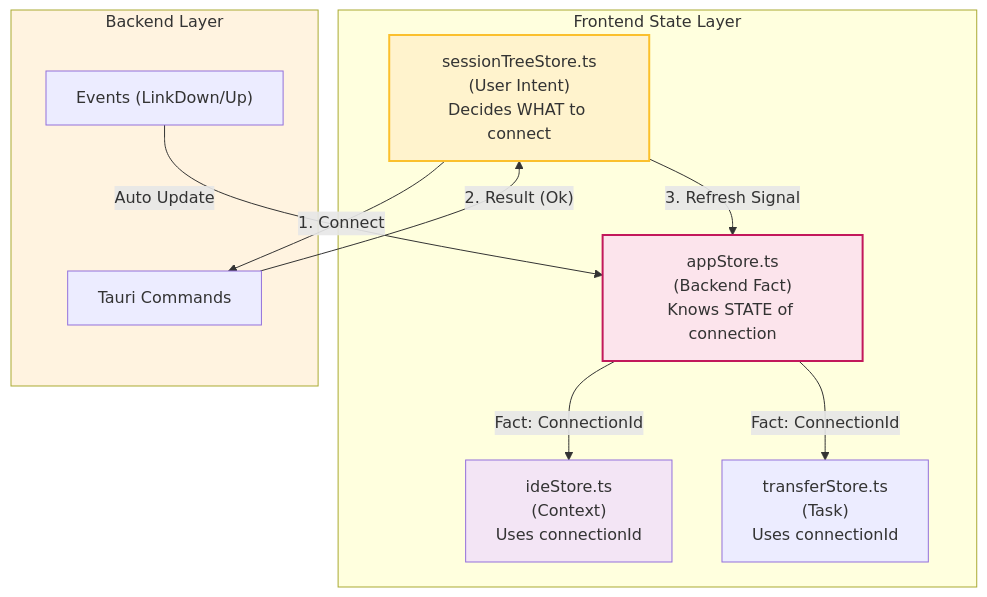
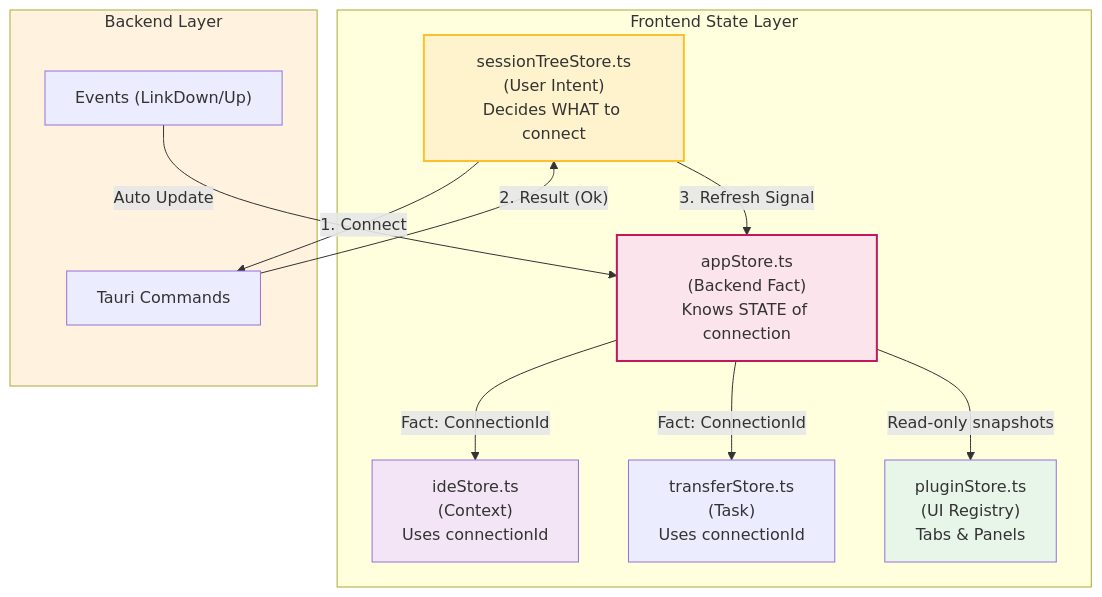
One commit to AnalyseDeCircuit/OxideTerm changed the ninth of 18 diagrams in docs/ARCHITECTURE.md. Above: the diagram before and after it, drawn with Mermaid. The commit also changed other lines of this file and 11 other files, not shown here.

````diff
--- a/docs/ARCHITECTURE.md
+++ b/docs/ARCHITECTURE.md
@@ -1040,28 +1070,31 @@
 ```mermaid
 flowchart TB
     subgraph Frontend ["Frontend State Layer"]
         SessionTree["sessionTreeStore.ts<br/>(User Intent)<br/>Decides WHAT to connect"]
         AppStore["appStore.ts<br/>(Backend Fact)<br/>Knows STATE of connection"]
         
         IdeStore["ideStore.ts<br/>(Context)<br/>Uses connectionId"]
         Transfer["transferStore.ts<br/>(Task)<br/>Uses connectionId"]
+        PluginStore["pluginStore.ts<br/>(UI Registry)<br/>Tabs & Panels"]
         
         SessionTree -- "3. Refresh Signal" --> AppStore
         AppStore -- "Fact: ConnectionId" --> IdeStore
         AppStore -- "Fact: ConnectionId" --> Transfer
+        AppStore -- "Read-only snapshots" --> PluginStore
     end
 
     subgraph Backend ["Backend Layer"]
         RPC["Tauri Commands"]
         Events["Events (LinkDown/Up)"]
     end
 
     SessionTree -- "1. Connect" --> RPC
     RPC -- "2. Result (Ok)" --> SessionTree
     Events -- "Auto Update" --> AppStore
 
     style AppStore fill:#fce4ec,stroke:#c2185b,stroke-width:2px
     style SessionTree fill:#fff3cd,stroke:#fbc02d,stroke-width:2px
     style IdeStore fill:#f3e5f5
+    style PluginStore fill:#e8f5e9
     style Backend fill:#fff3e0
 ```
````
